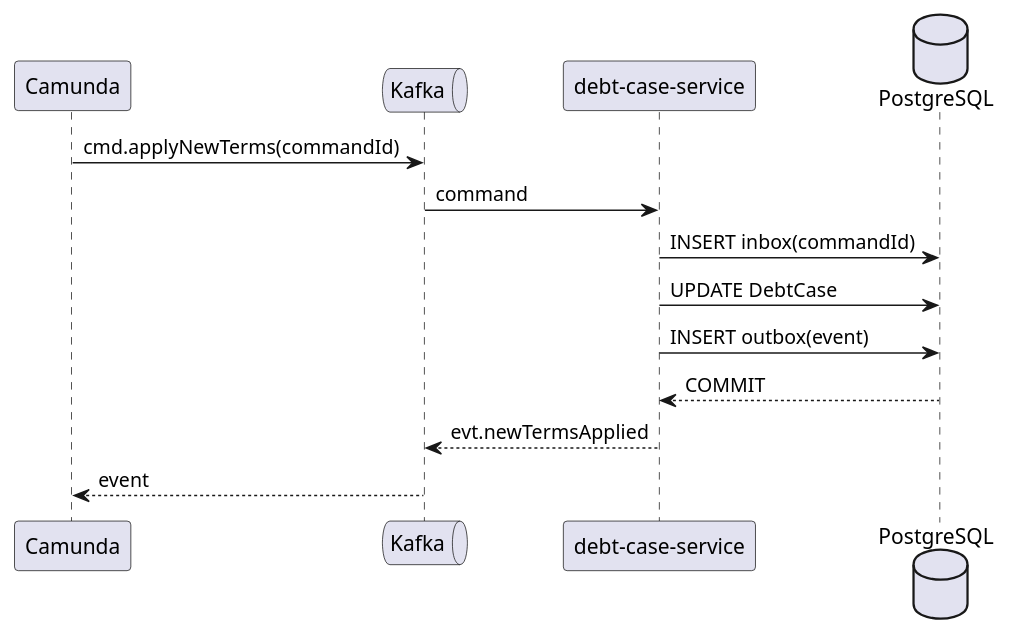
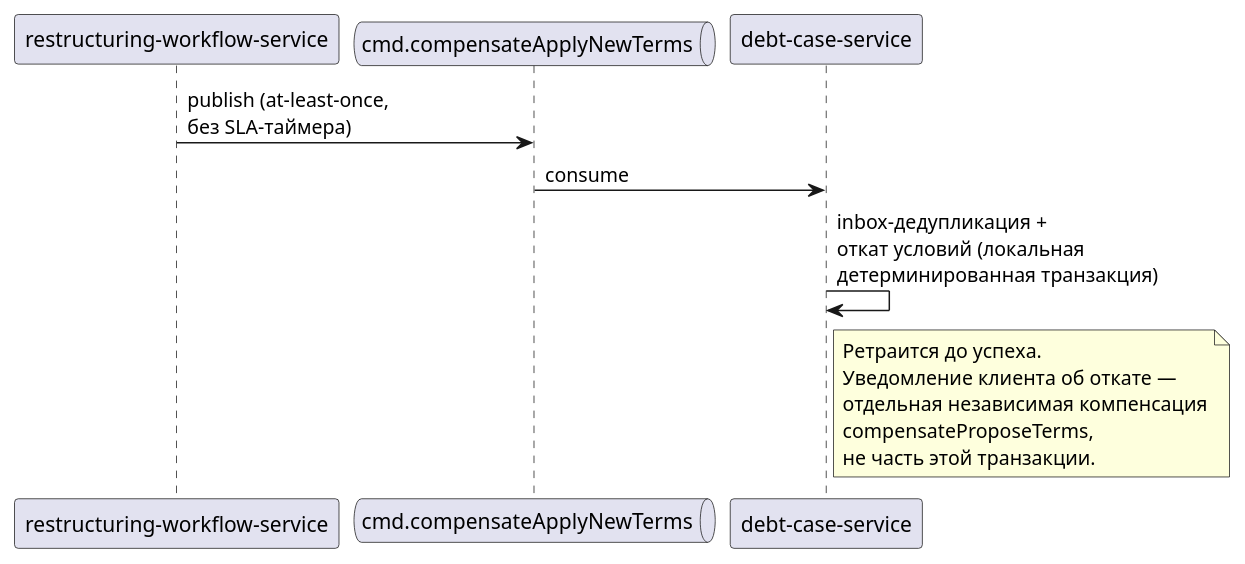
Before and after one commit to autizzm/Zettelkasten: the second of 5 diagrams in HR_Legends/04_data_flows.md, drawn with PlantUML. The commit also changed other lines of this file and 3592 other files, not shown here.

````diff
--- a/HR_Legends/04_data_flows.md
+++ b/HR_Legends/04_data_flows.md
@@ -26,19 +118,18 @@
-``` plantuml
+```plantuml
 @startuml
-participant Camunda
-queue Kafka
+participant "restructuring-workflow-service" as WF
+queue "cmd.compensateApplyNewTerms" as CMD
 participant "debt-case-service" as DCS
-database PostgreSQL as DB
 
-Camunda -> Kafka : cmd.applyNewTerms(commandId)
-Kafka -> DCS : command
-
-DCS -> DB : INSERT inbox(commandId)
-DCS -> DB : UPDATE DebtCase
-DCS -> DB : INSERT outbox(event)
-DB --> DCS : COMMIT
-
-DCS --> Kafka : evt.newTermsApplied
-Kafka --> Camunda : event
+WF -> CMD : publish (at-least-once,\nбез SLA-таймера)
+CMD -> DCS : consume
+DCS -> DCS : inbox-дедупликация +\nоткат условий (локальная\nдетерминированная транзакция)
+note right of DCS
+  Ретраится до успеха.
+  Уведомление клиента об откате —
+  отдельная независимая компенсация
+  compensateProposeTerms,
+  не часть этой транзакции.
+end note
 @enduml
 ```
````
